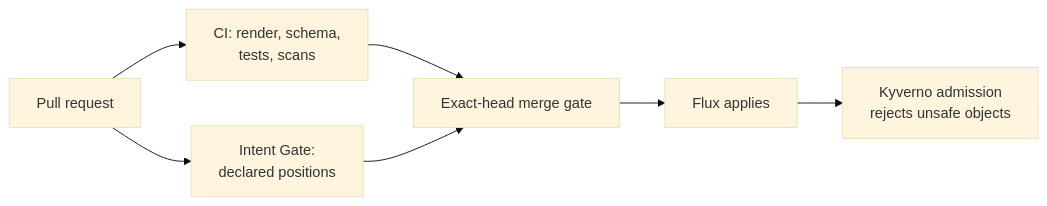
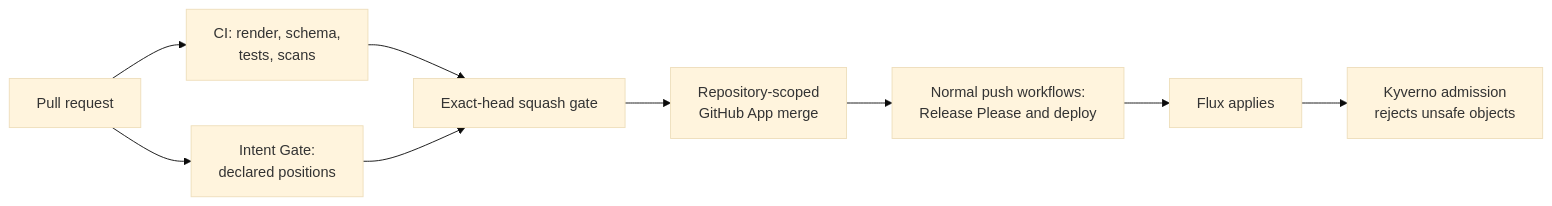
The tenth of 10 diagrams in docs/ARCHITECTURE.md (ImranAdan/infra-fleet-public), drawn with Mermaid (base theme) before and after one commit. The commit also changed other lines of this file and 7 other files, not shown here.

Commit message:
fix(merge): use app token for autonomous merges

````diff
--- a/docs/ARCHITECTURE.md
+++ b/docs/ARCHITECTURE.md
@@ -199,9 +199,11 @@
 ```mermaid
 flowchart LR
     PR["Pull request"] --> CI["CI: render, schema,<br/>tests, scans"]
     PR --> Gate["Intent Gate:<br/>declared positions"]
-    CI --> Merge["Exact-head merge gate"]
+    CI --> Merge["Exact-head squash gate"]
     Gate --> Merge
-    Merge --> Flux["Flux applies"]
+    Merge --> App["Repository-scoped<br/>GitHub App merge"]
+    App --> Post["Normal push workflows:<br/>Release Please and deploy"]
+    Post --> Flux["Flux applies"]
     Flux --> Kyverno["Kyverno admission<br/>rejects unsafe objects"]
 ```
````
